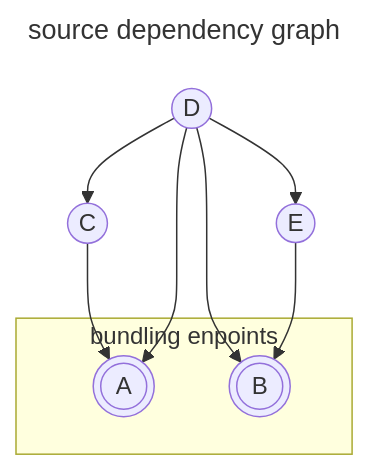
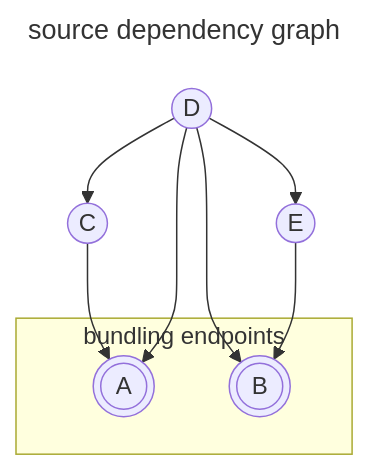
Before and after one commit to omar-azmi/github_aid_ts: the third of 5 diagrams in readme.md, drawn with Mermaid. The commit also changed other lines of this file and 6 other files, not shown here.

````diff
--- a/readme.md
+++ b/readme.md
@@ -169,16 +169,16 @@
 ```mermaid
 ---
 title: "source dependency graph"
 ---
 flowchart TD
 	222161(("C")) --> 339264((("A")))
 	842277(("D")) --> 339264
 	842277 --> 633740((("B")))
 	394730(("E")) --> 633740
 	842277 --> 222161
 	842277 --> 394730
-	subgraph 977297["bundling enpoints"]
+	subgraph 977297["bundling endpoints"]
 		633740
 		339264
 	end
 ```
````
